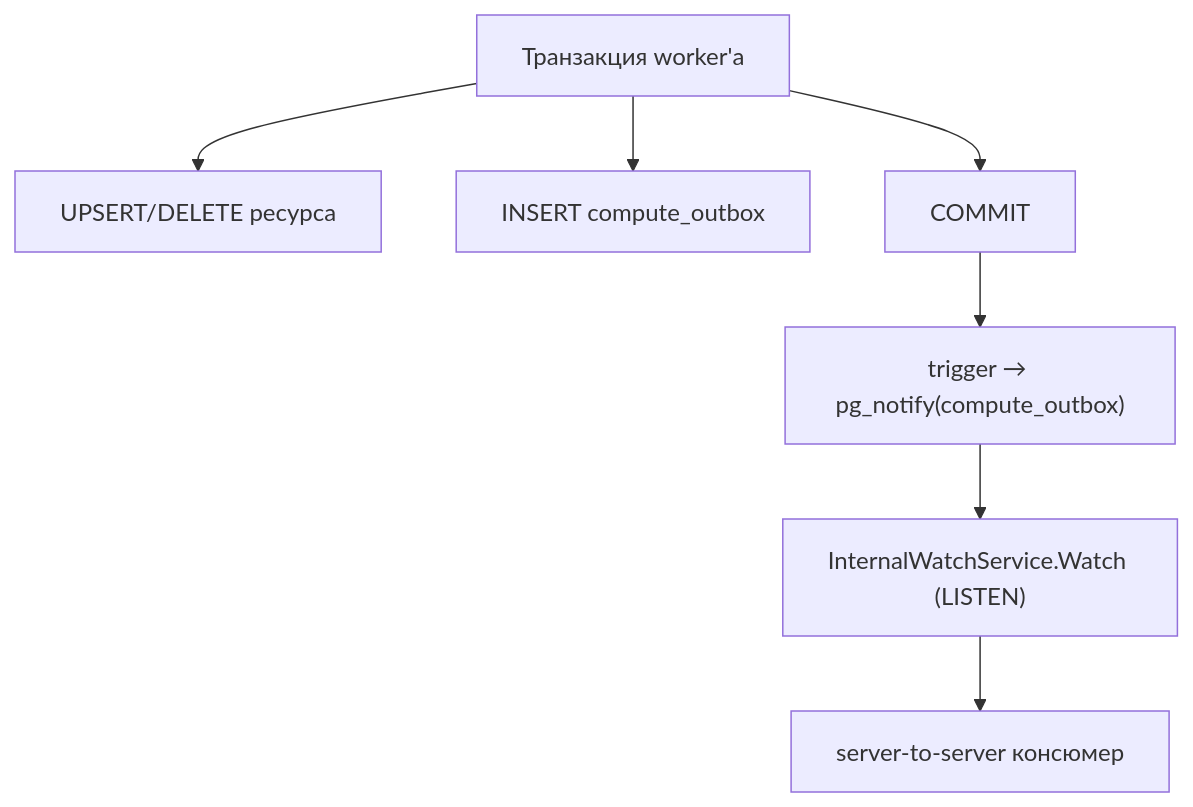
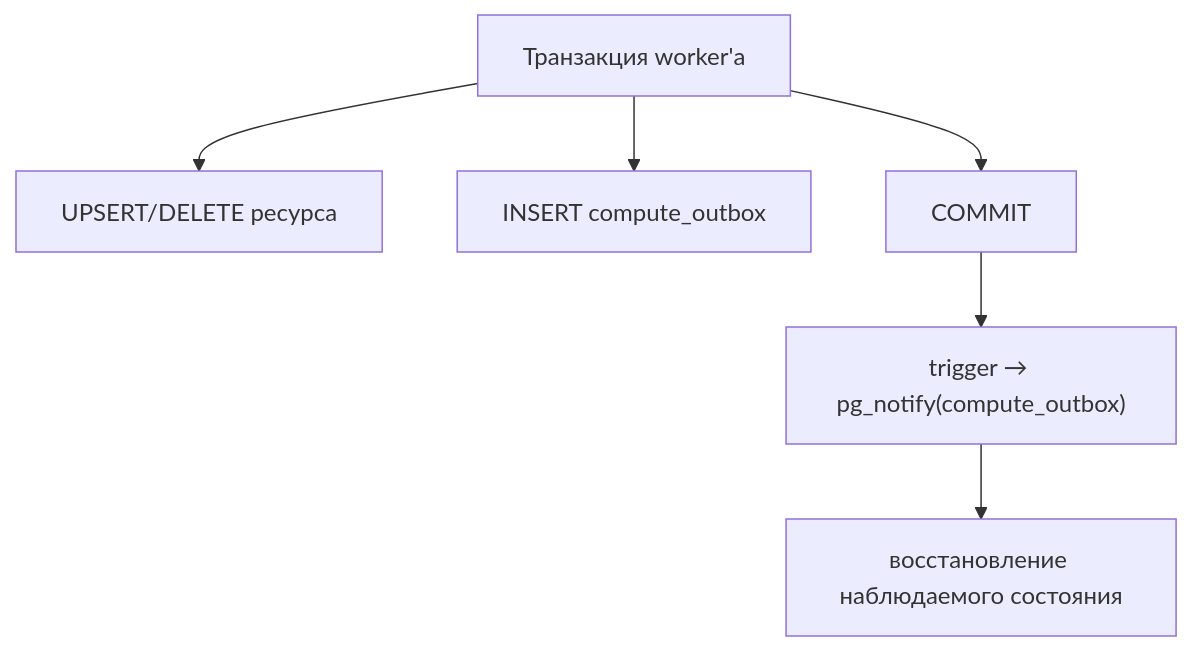
One commit to PRO-Robotech/kacho changed the second of 2 diagrams in services/compute/docs/content/architecture/operations.mdx. Above: the diagram before and after it, drawn with Mermaid. The commit also changed other lines of this file and 22 other files, not shown here.

````diff
--- a/services/compute/docs/content/architecture/operations.mdx
+++ b/services/compute/docs/content/architecture/operations.mdx
@@ -54,9 +54,8 @@
 ```mermaid
 flowchart TD
   tx["Транзакция worker'а"] --> res["UPSERT/DELETE ресурса"]
   tx --> ob["INSERT compute_outbox"]
   tx --> commit["COMMIT"]
   commit --> notify["trigger → pg_notify(compute_outbox)"]
-  notify --> watch["InternalWatchService.Watch (LISTEN)"]
-  watch --> peer["server-to-server консюмер"]
+  notify --> apply["восстановление наблюдаемого состояния"]
 ```
````
